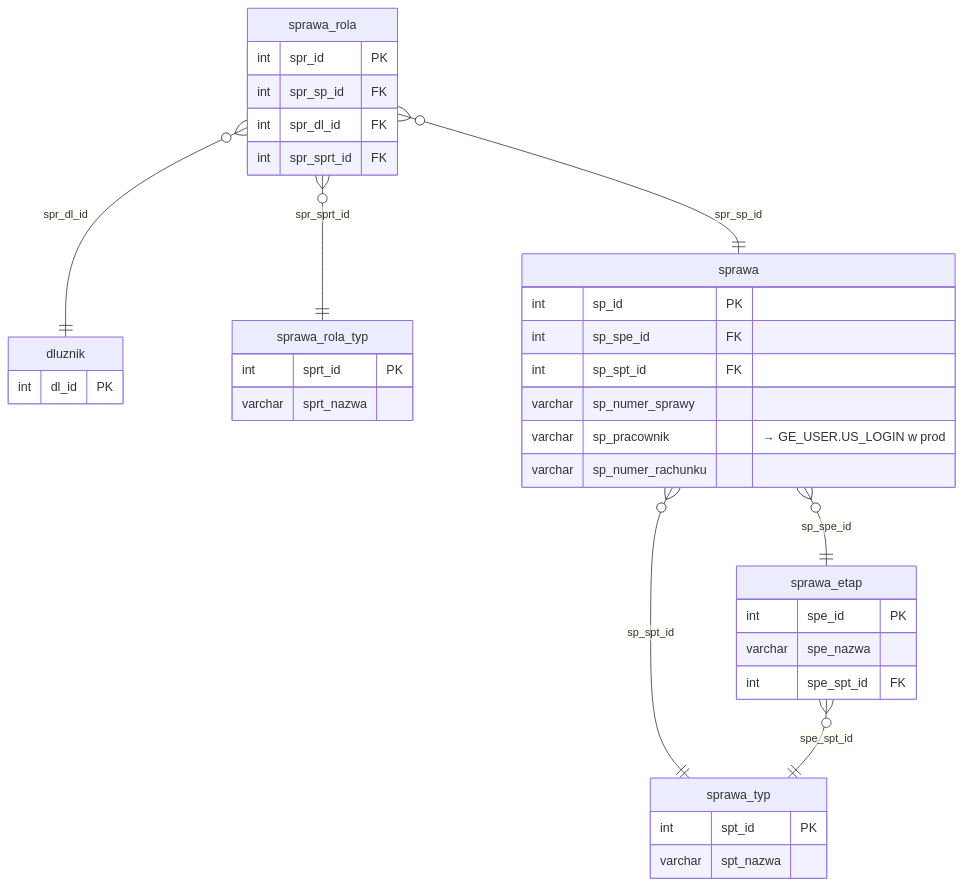
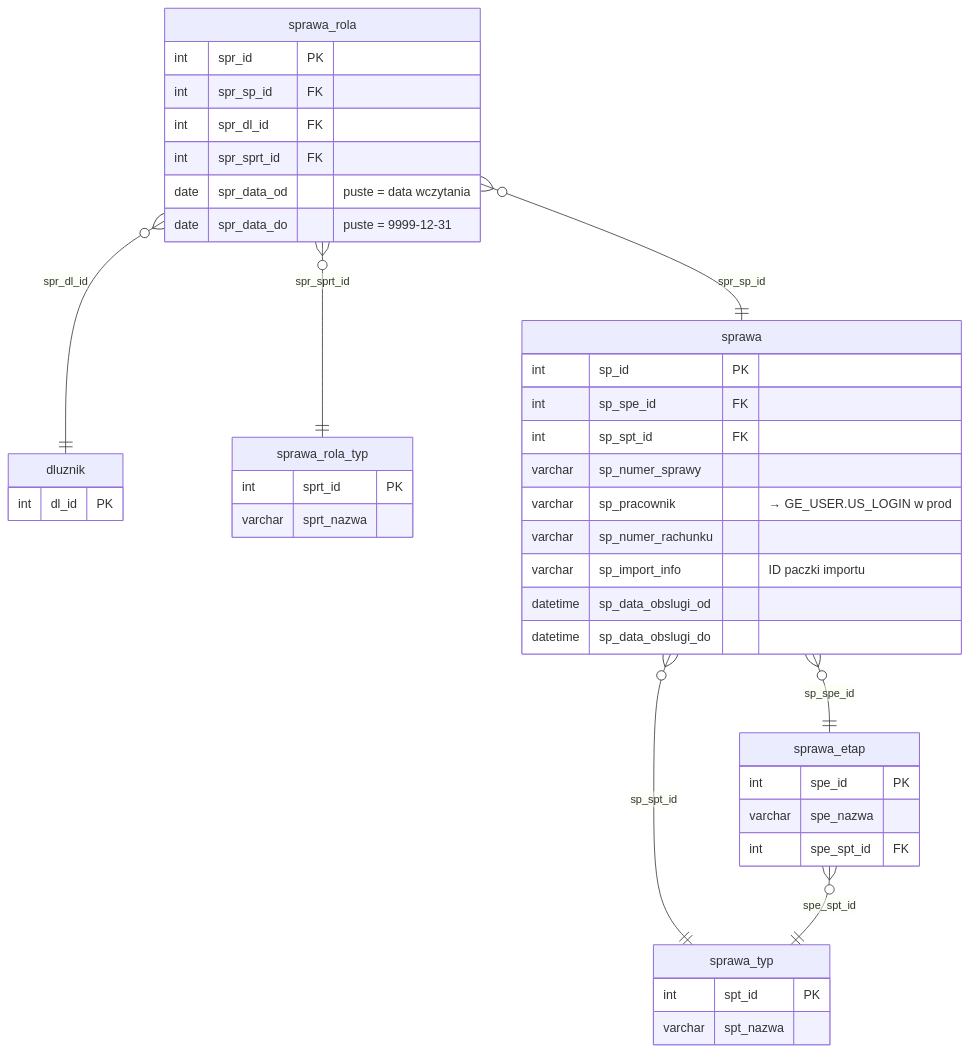
The diagram in docs/struktura-stagingu/sprawy.md (oskar-bialek-bakk/intrum-migration-docs), drawn with Mermaid before and after one commit. The commit also changed 6 other files, not shown here.

````diff
--- a/docs/struktura-stagingu/sprawy.md
+++ b/docs/struktura-stagingu/sprawy.md
@@ -22,45 +22,50 @@
 ```mermaid
 erDiagram
     dluznik {
         int     dl_id    PK
     }
 
     sprawa_typ {
         int     spt_id    PK
         varchar spt_nazwa
     }
 
     sprawa_etap {
         int     spe_id     PK
         varchar spe_nazwa
         int     spe_spt_id FK
     }
 
     sprawa_rola_typ {
         int     sprt_id    PK
         varchar sprt_nazwa
     }
 
     sprawa {
-        int     sp_id             PK
-        int     sp_spe_id         FK
-        int     sp_spt_id         FK
-        varchar sp_numer_sprawy
-        varchar sp_pracownik          "→ GE_USER.US_LOGIN w prod"
-        varchar sp_numer_rachunku
+        int      sp_id              PK
+        int      sp_spe_id          FK
+        int      sp_spt_id          FK
+        varchar  sp_numer_sprawy
+        varchar  sp_pracownik             "→ GE_USER.US_LOGIN w prod"
+        varchar  sp_numer_rachunku
+        varchar  sp_import_info           "ID paczki importu"
+        datetime sp_data_obslugi_od
+        datetime sp_data_obslugi_do
     }
 
     sprawa_rola {
-        int     spr_id      PK
-        int     spr_sp_id   FK
-        int     spr_dl_id   FK
-        int     spr_sprt_id FK
+        int      spr_id      PK
+        int      spr_sp_id   FK
+        int      spr_dl_id   FK
+        int      spr_sprt_id FK
+        date     spr_data_od        "puste = data wczytania"
+        date     spr_data_do        "puste = 9999-12-31"
     }
 
     sprawa       }o--||  sprawa_etap     : "sp_spe_id"
     sprawa       }o--||  sprawa_typ      : "sp_spt_id"
     sprawa_etap  }o--||  sprawa_typ      : "spe_spt_id"
     sprawa_rola  }o--||  sprawa          : "spr_sp_id"
     sprawa_rola  }o--||  dluznik         : "spr_dl_id"
     sprawa_rola  }o--||  sprawa_rola_typ : "spr_sprt_id"
 ```
````
